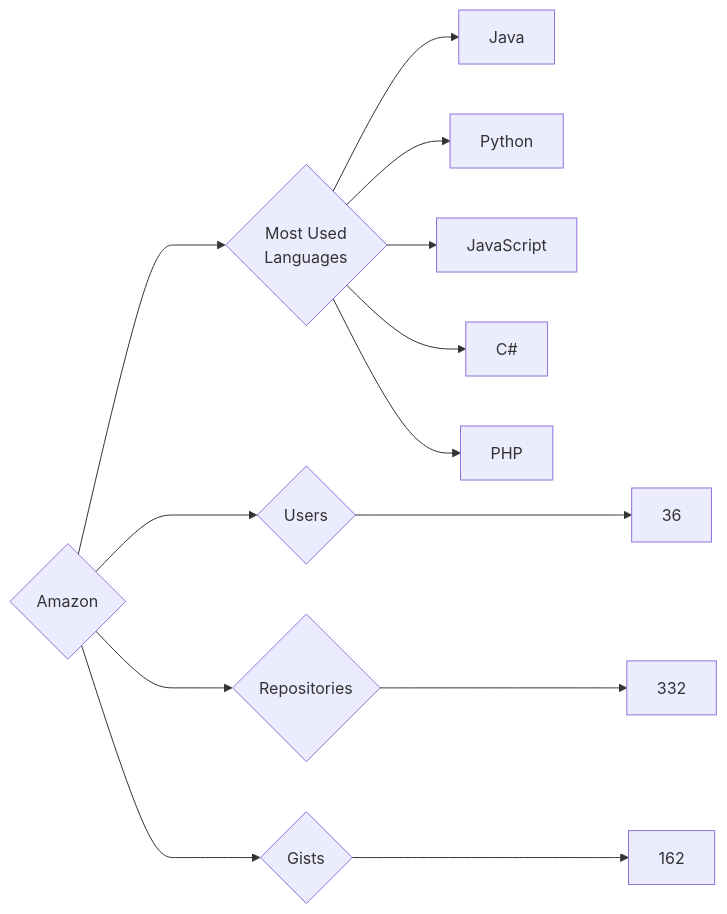
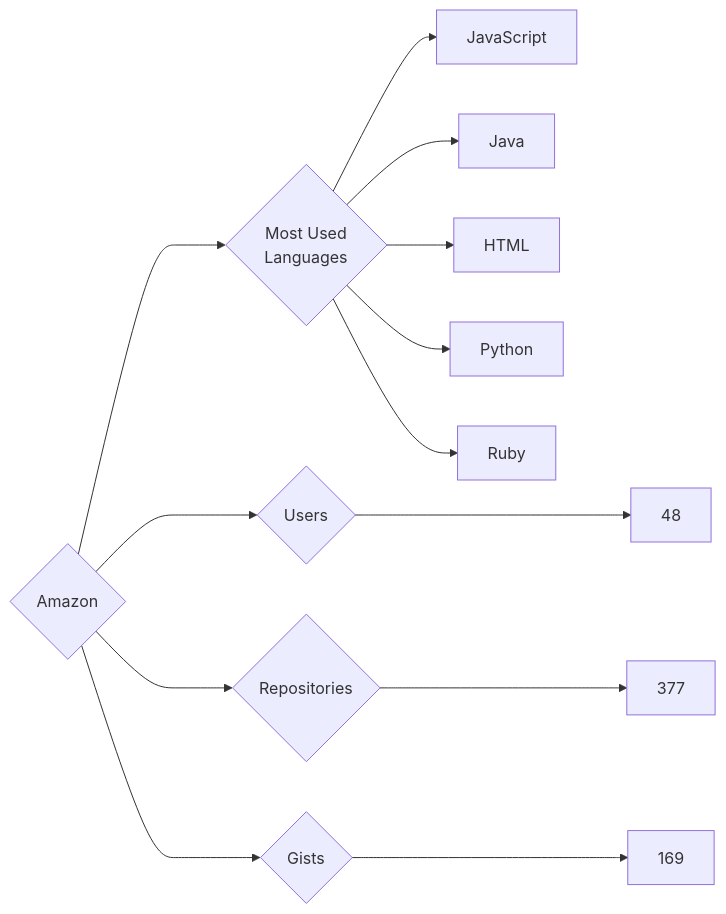
The diagram in targets/Amazon/README.md (trickest/insiders), drawn with Mermaid before and after one commit. The commit also changed 688 other files, not shown here.

````diff
--- a/targets/Amazon/README.md
+++ b/targets/Amazon/README.md
@@ -3,13 +3,13 @@
 ```mermaid
 graph LR
 COMPANY_NAME{Amazon}
-COMPANY_NAME ---> U{Users} ---> UN[36]
-COMPANY_NAME ---> R{Repositories} ---> RN[332]
-COMPANY_NAME ---> G{Gists} ---> GN[162]
+COMPANY_NAME ---> U{Users} ---> UN[48]
+COMPANY_NAME ---> R{Repositories} ---> RN[377]
+COMPANY_NAME ---> G{Gists} ---> GN[169]
 COMPANY_NAME ---> ML{Most Used<br>Languages}
+ML --> JavaScript[JavaScript]
 ML --> Java[Java]
+ML --> HTML[HTML]
 ML --> Python[Python]
-ML --> JavaScript[JavaScript]
-ML --> C#[C#]
-ML --> PHP[PHP]
+ML --> Ruby[Ruby]
 ```
````
